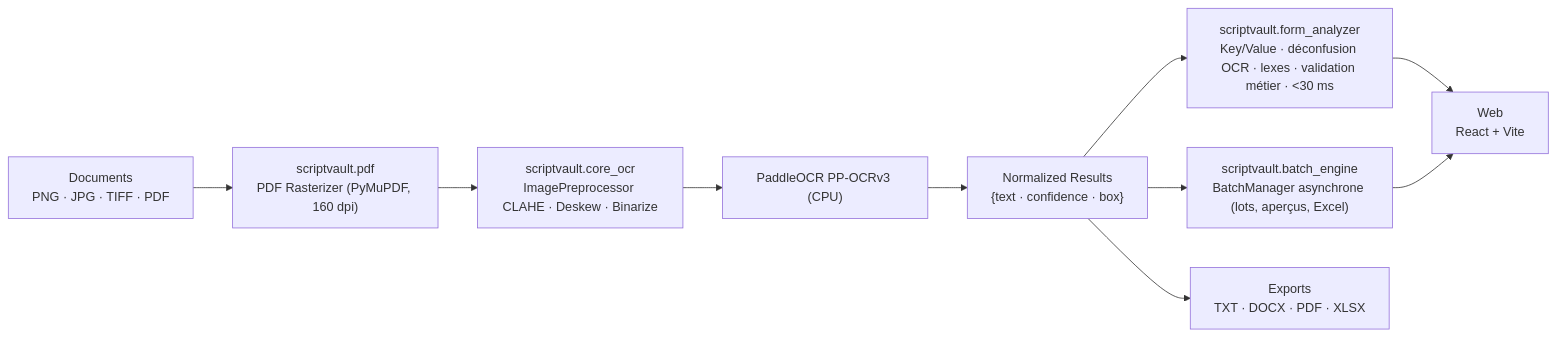
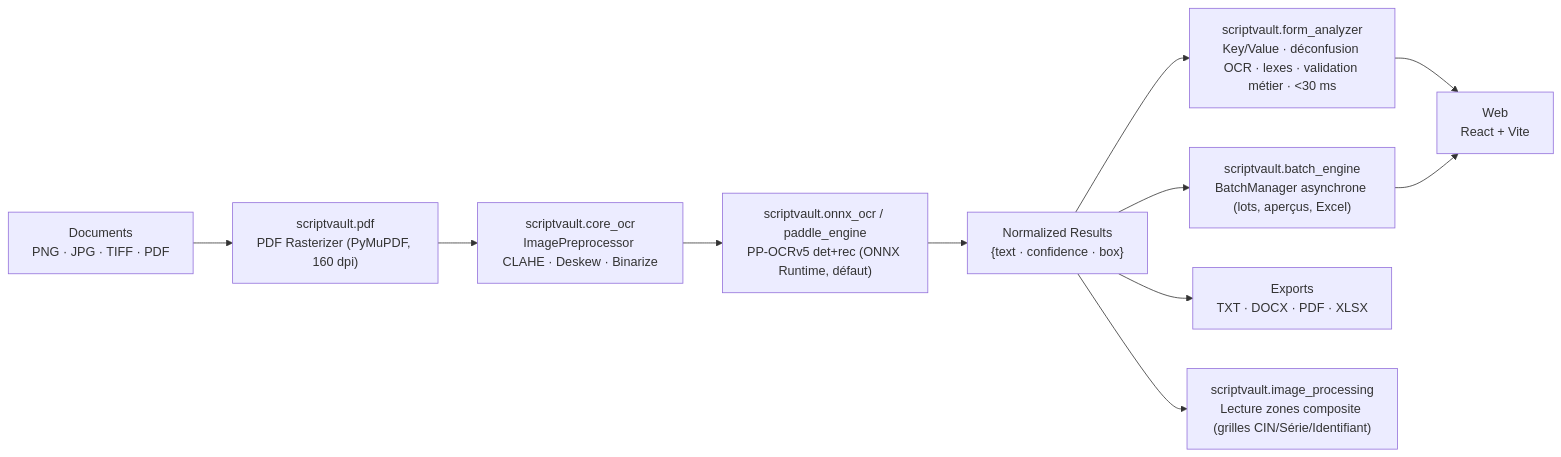
Before and after one commit to Omar-khecharem/ScriptVaultOcr: the diagram in README.md, drawn with Mermaid. The commit also changed other lines of this file and 37 other files, not shown here.

First line of the commit message:
perf: ONNX PP-OCRv5 backend, composite zone reading and bounded concurrency

````diff
--- a/README.md
+++ b/README.md
@@ -73,12 +177,13 @@
 ```mermaid
 flowchart LR
     A["Documents<br/>PNG · JPG · TIFF · PDF"] --> B["scriptvault.pdf<br/>PDF Rasterizer (PyMuPDF, 160 dpi)"]
     B --> C["scriptvault.core_ocr<br/>ImagePreprocessor CLAHE · Deskew · Binarize"]
-    C --> D["PaddleOCR PP-OCRv3 (CPU)"]
+    C --> D["scriptvault.onnx_ocr / paddle_engine<br/>PP-OCRv5 det+rec (ONNX Runtime, défaut)"]
     D --> E["Normalized Results<br/>{text · confidence · box}"]
     E --> F["scriptvault.form_analyzer<br/>Key/Value · déconfusion OCR · lexes · validation métier · <30 ms"]
     F --> G["Web<br/>React + Vite"]
     E --> H["scriptvault.batch_engine<br/>BatchManager asynchrone (lots, aperçus, Excel)"]
     H --> G
     E --> I["Exports<br/>TXT · DOCX · PDF · XLSX"]
+    E --> J["scriptvault.image_processing<br/>Lecture zones composite (grilles CIN/Série/Identifiant)"]
 ```
````
